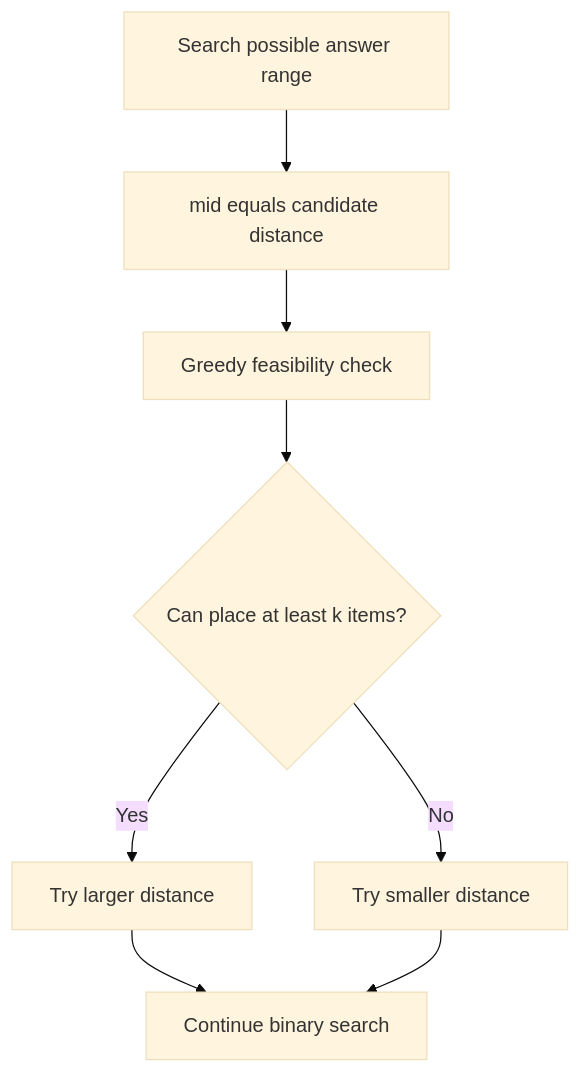
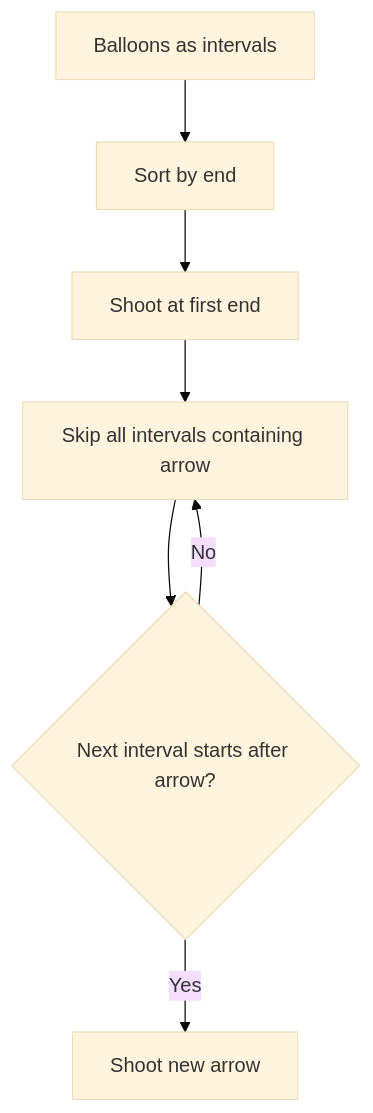
One commit to mthaiseer/springcloud-systemdesign-notes changed diagram 12 of 22 in CP_DSA_NOTES/CONCEPT_FRAMEWORK_FORMS_TATICS/010_GREEDY_CFFT.md. Above: the diagram before and after it, drawn with Mermaid (base theme). The commit also changed other lines of this file and 1 other file, not shown here.

````diff
--- a/CP_DSA_NOTES/CONCEPT_FRAMEWORK_FORMS_TATICS/010_GREEDY_CFFT.md
+++ b/CP_DSA_NOTES/CONCEPT_FRAMEWORK_FORMS_TATICS/010_GREEDY_CFFT.md
@@ -566,10 +693,9 @@
 ```mermaid
 flowchart TD
-    A[Search possible answer range] --> B[mid equals candidate distance]
-    B --> C[Greedy feasibility check]
-    C --> D{Can place at least k items?}
-    D -->|Yes| E[Try larger distance]
-    D -->|No| F[Try smaller distance]
-    E --> G[Continue binary search]
-    F --> G
+    A[Balloons as intervals] --> B[Sort by end]
+    B --> C[Shoot at first end]
+    C --> D[Skip all intervals containing arrow]
+    D --> E{Next interval starts after arrow?}
+    E -->|Yes| F[Shoot new arrow]
+    E -->|No| D
 ```
````
